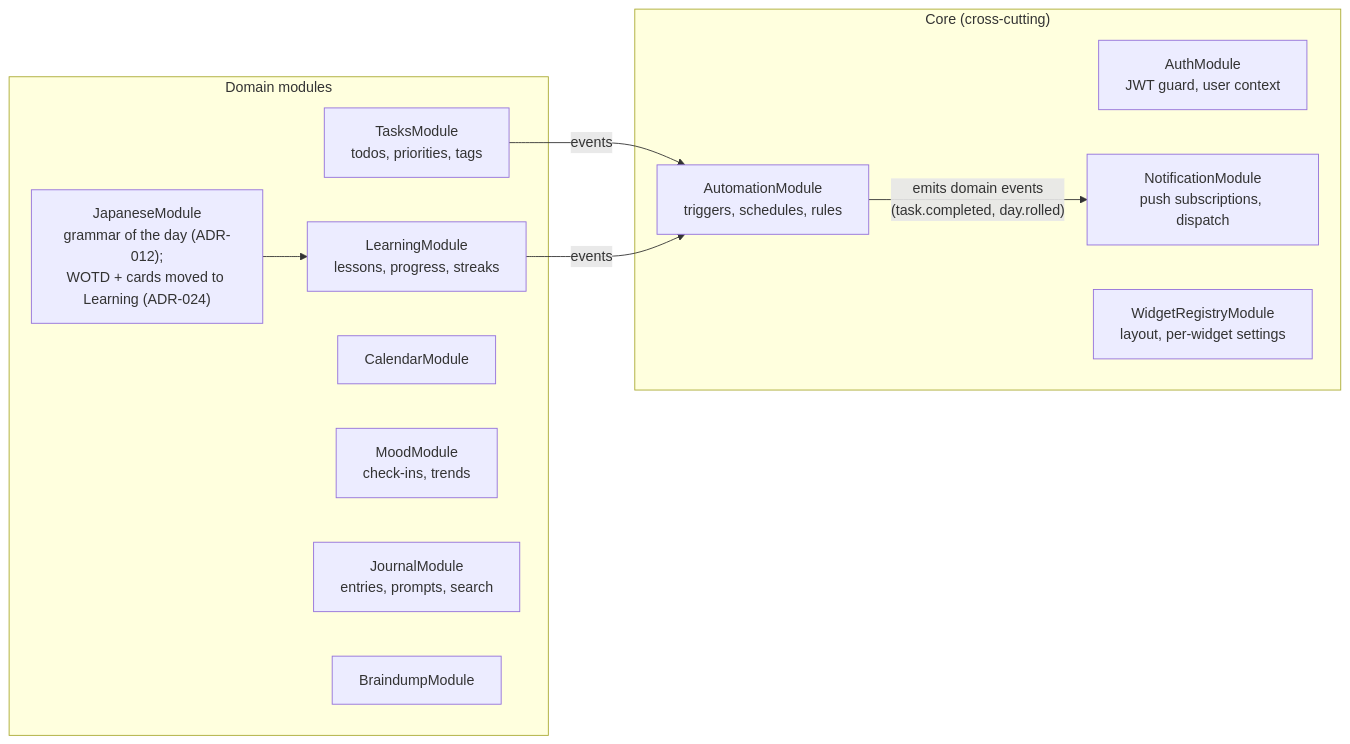
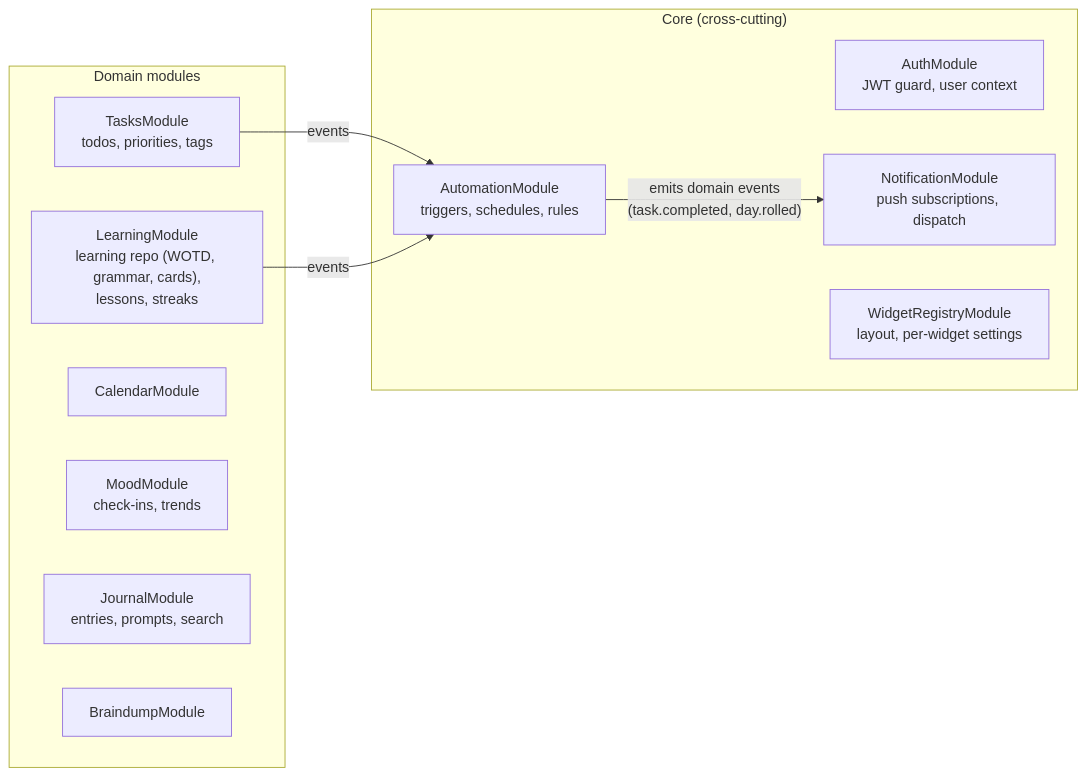
Before and after one commit to Auua/command-center: the third of 6 diagrams in docs/ARD.md, drawn with Mermaid. The commit also changed other lines of this file and 5 other files, not shown here.

First line of the commit message:
Docs: accept ADR-012 grammar widget, rewritten in place — grammar moves to the repo

````diff
--- a/docs/ARD.md
+++ b/docs/ARD.md
@@ -152,24 +152,22 @@
 ```mermaid
 flowchart LR
     subgraph core ["Core (cross-cutting)"]
         auth["AuthModule<br/>JWT guard, user context"]
         notif["NotificationModule<br/>push subscriptions, dispatch"]
         sched["AutomationModule<br/>triggers, schedules, rules"]
         widgets["WidgetRegistryModule<br/>layout, per-widget settings"]
     end
 
     subgraph domains ["Domain modules"]
-        learn["LearningModule<br/>lessons, progress, streaks"]
-        jp["JapaneseModule<br/>grammar of the day (ADR-012);<br/>WOTD + cards moved to Learning (ADR-024)"]
+        learn["LearningModule<br/>learning repo (WOTD, grammar, cards),<br/>lessons, streaks"]
         tasks["TasksModule<br/>todos, priorities, tags"]
         cal["CalendarModule"]
         mood["MoodModule<br/>check-ins, trends"]
         journal["JournalModule<br/>entries, prompts, search"]
         brain["BraindumpModule"]
     end
 
     sched -->|"emits domain events<br/>(task.completed, day.rolled)"| notif
     tasks -->|events| sched
     learn -->|events| sched
-    jp --> learn
 ```
````
